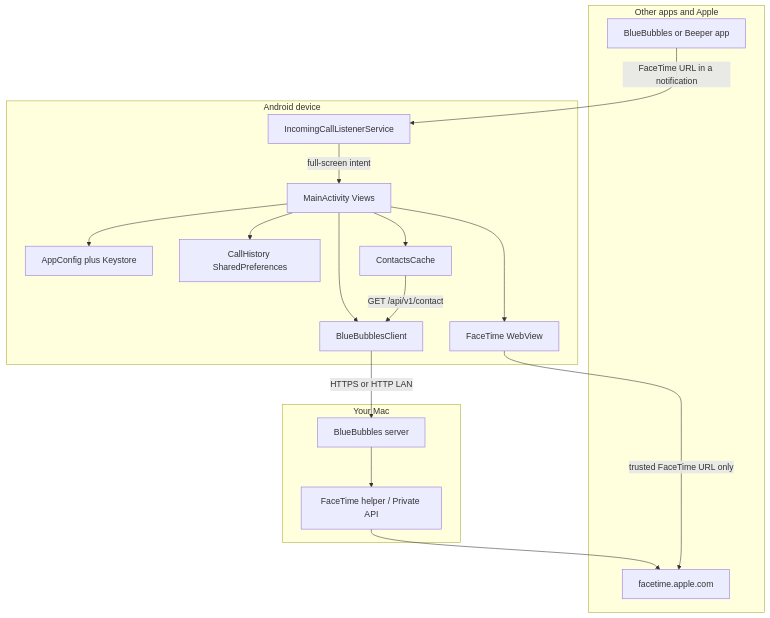
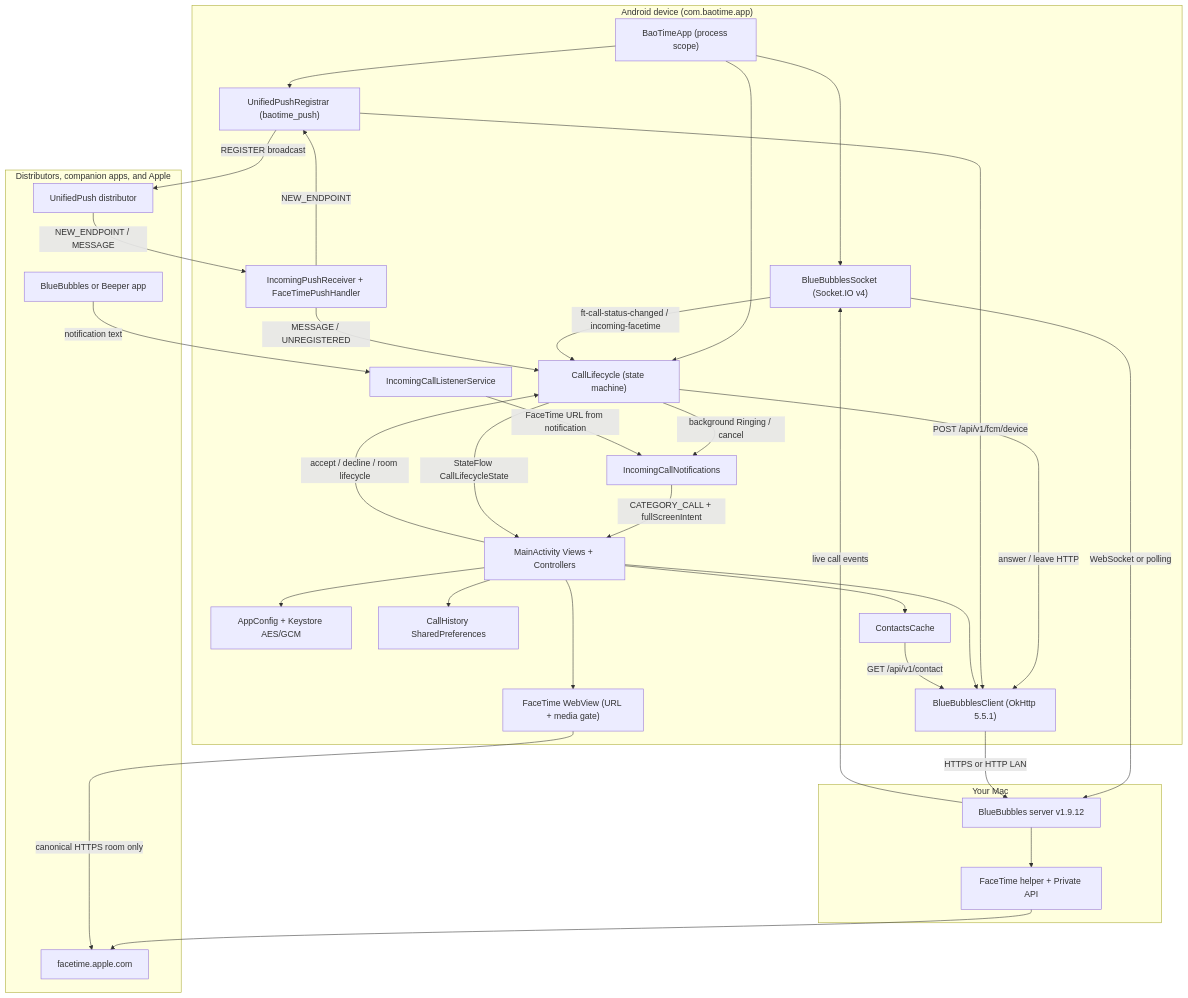
One commit to d4551/BaoTime changed the first of 7 diagrams in README.md. Above: the diagram before and after it, drawn with Mermaid. The commit also changed other lines of this file and 20 other files, not shown here.

First line of the commit message:
Add UnifiedPush call delivery and recovery

````diff
--- a/README.md
+++ b/README.md
@@ -125,35 +134,59 @@
 ```mermaid
 flowchart TB
-  subgraph androidDevice ["Android device"]
+  subgraph androidDevice ["Android device (com.baotime.app)"]
+    app["BaoTimeApp (process scope)"]
+    sock["BlueBubblesSocket (Socket.IO v4)"]
+    life["CallLifecycle (state machine)"]
+    reg["UnifiedPushRegistrar (baotime_push)"]
+    push["IncomingPushReceiver + FaceTimePushHandler"]
     nls["IncomingCallListenerService"]
-    ui["MainActivity Views"]
-    cfg["AppConfig plus Keystore"]
+    notif["IncomingCallNotifications"]
+    ui["MainActivity Views + Controllers"]
+    cfg["AppConfig + Keystore AES/GCM"]
     hist["CallHistory SharedPreferences"]
     contacts["ContactsCache"]
-    client["BlueBubblesClient"]
-    room["FaceTime WebView"]
-    nls -->|"full-screen intent"| ui
+    client["BlueBubblesClient (OkHttp 5.5.1)"]
+    room["FaceTime WebView (URL + media gate)"]
+
+    app --> sock
+    app --> life
+    app --> reg
+    sock -->|"ft-call-status-changed / incoming-facetime"| life
+    push -->|"MESSAGE / UNREGISTERED"| life
+    push -->|"NEW_ENDPOINT"| reg
+    life -->|"background Ringing / cancel"| notif
+    nls -->|"FaceTime URL from notification"| notif
+    notif -->|"CATEGORY_CALL + fullScreenIntent"| ui
+    life -->|"StateFlow CallLifecycleState"| ui
+    ui -->|"accept / decline / room lifecycle"| life
+    life -->|"answer / leave HTTP"| client
+    reg -->|"POST /api/v1/fcm/device"| client
     ui --> cfg
     ui --> hist
     ui --> contacts
     ui --> client
     ui --> room
+    contacts -->|"GET /api/v1/contact"| client
   end
 
   subgraph macHost ["Your Mac"]
-    bbs["BlueBubbles server"]
-    helper["FaceTime helper / Private API"]
+    bbs["BlueBubbles server v1.9.12"]
+    helper["FaceTime helper + Private API"]
     bbs --> helper
   end
 
-  subgraph others ["Other apps and Apple"]
+  subgraph externalPeers ["Distributors, companion apps, and Apple"]
+    upDist["UnifiedPush distributor"]
     bbApp["BlueBubbles or Beeper app"]
     apple["facetime.apple.com"]
   end
 
-  bbApp -->|"FaceTime URL in a notification"| nls
+  reg -->|"REGISTER broadcast"| upDist
+  upDist -->|"NEW_ENDPOINT / MESSAGE"| push
+  bbApp -->|"notification text"| nls
+  sock -->|"WebSocket or polling"| bbs
+  bbs -->|"live call events"| sock
   client -->|"HTTPS or HTTP LAN"| bbs
   helper --> apple
-  room -->|"trusted FaceTime URL only"| apple
-  contacts -->|"GET /api/v1/contact"| client
+  room -->|"canonical HTTPS room only"| apple
 ```
````
